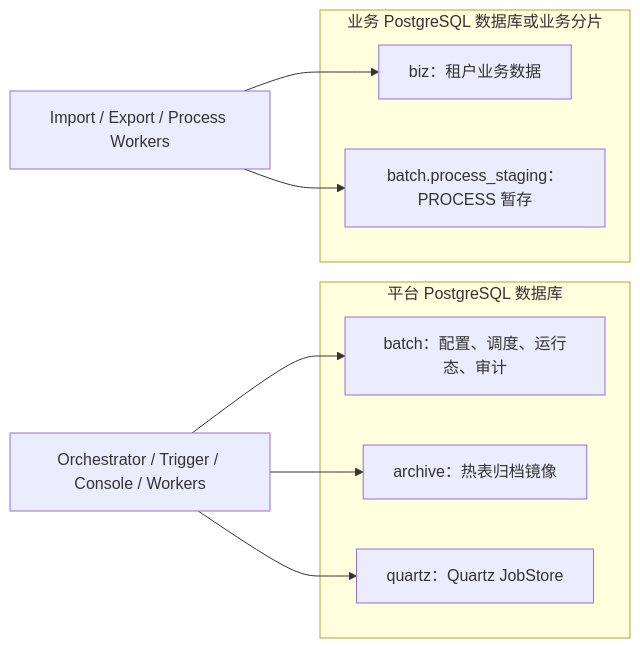
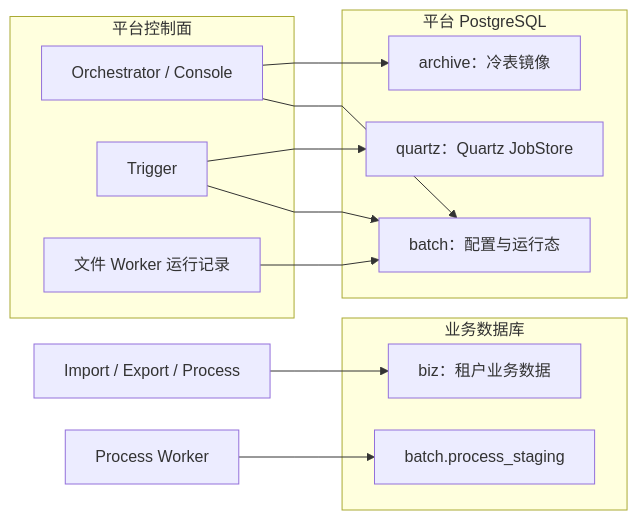
One commit to pinpols/file-batch-system changed the first of 3 diagrams in docs/design/database-schema-guide.md. Above: the diagram before and after it, drawn with Mermaid. The commit also changed other lines of this file and 5032 other files, not shown here.

````diff
--- a/docs/design/database-schema-guide.md
+++ b/docs/design/database-schema-guide.md
@@ -18,17 +18,25 @@
 ```mermaid
+%%{init: {"flowchart":{"curve":"linear","nodeSpacing":32,"rankSpacing":48},"sequence":{"mirrorActors":false}}}%%
 flowchart LR
-  subgraph platform[平台 PostgreSQL 数据库]
-    batch[batch：配置、调度、运行态、审计]
-    archive[archive：热表归档镜像]
-    quartz[quartz：Quartz JobStore]
+  subgraph control[平台控制面]
+    O[Orchestrator / Console]
+    T[Trigger]
+    W[文件 Worker 运行记录]
   end
-  subgraph business[业务 PostgreSQL 数据库或业务分片]
-    biz[biz：租户业务数据]
-    staging[batch.process_staging：PROCESS 暂存]
+  subgraph platform[平台 PostgreSQL]
+    B[batch：配置与运行态]
+    A[archive：冷表镜像]
+    Q[quartz：Quartz JobStore]
   end
-  app[Orchestrator / Trigger / Console / Workers] --> batch
-  app --> archive
-  app --> quartz
-  workers[Import / Export / Process Workers] --> biz
-  workers --> staging
+  O --> B
+  O --> A
+  T --> B
+  T --> Q
+  W --> B
+  subgraph business[业务数据库]
+    D[biz：租户业务数据]
+    S[batch.process_staging]
+  end
+  I[Import / Export / Process] --> D
+  P[Process Worker] --> S
 ```
````
